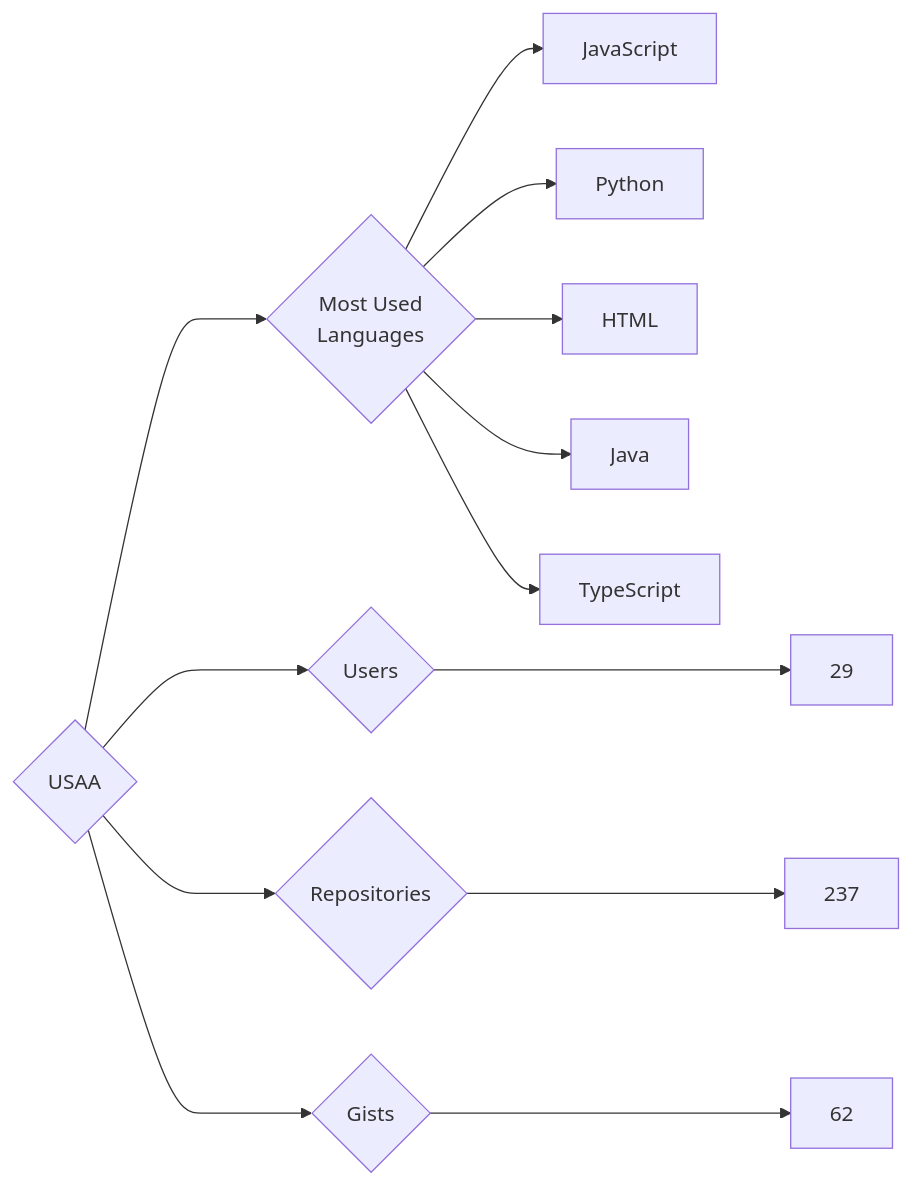
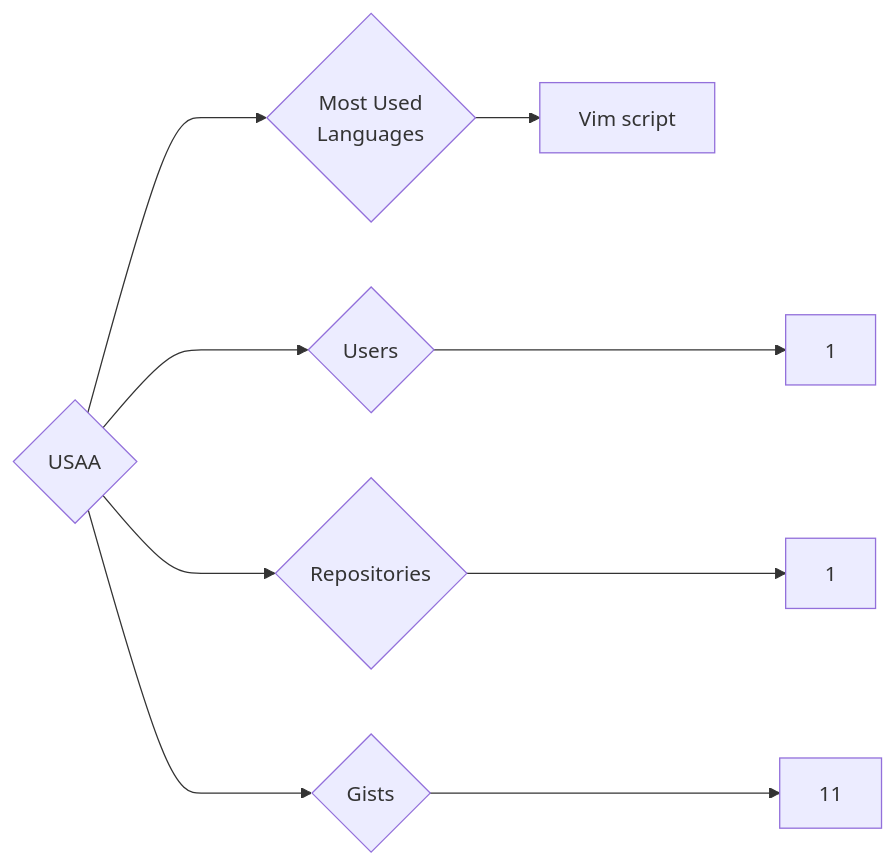
One commit to trickest/insiders changed the diagram in targets/USAA/README.md. Above: the diagram before and after it, drawn with Mermaid. The commit also changed 955 other files, not shown here.

````diff
--- a/targets/USAA/README.md
+++ b/targets/USAA/README.md
@@ -3,13 +3,9 @@
 ```mermaid
 graph LR
 COMPANY_NAME{USAA}
-COMPANY_NAME ---> U{Users} ---> UN[29]
-COMPANY_NAME ---> R{Repositories} ---> RN[237]
-COMPANY_NAME ---> G{Gists} ---> GN[62]
+COMPANY_NAME ---> U{Users} ---> UN[1]
+COMPANY_NAME ---> R{Repositories} ---> RN[1]
+COMPANY_NAME ---> G{Gists} ---> GN[11]
 COMPANY_NAME ---> ML{Most Used<br>Languages}
-ML --> JavaScript[JavaScript]
-ML --> Python[Python]
-ML --> HTML[HTML]
-ML --> Java[Java]
-ML --> TypeScript[TypeScript]
+ML --> Vim_script[Vim script]
 ```
````
